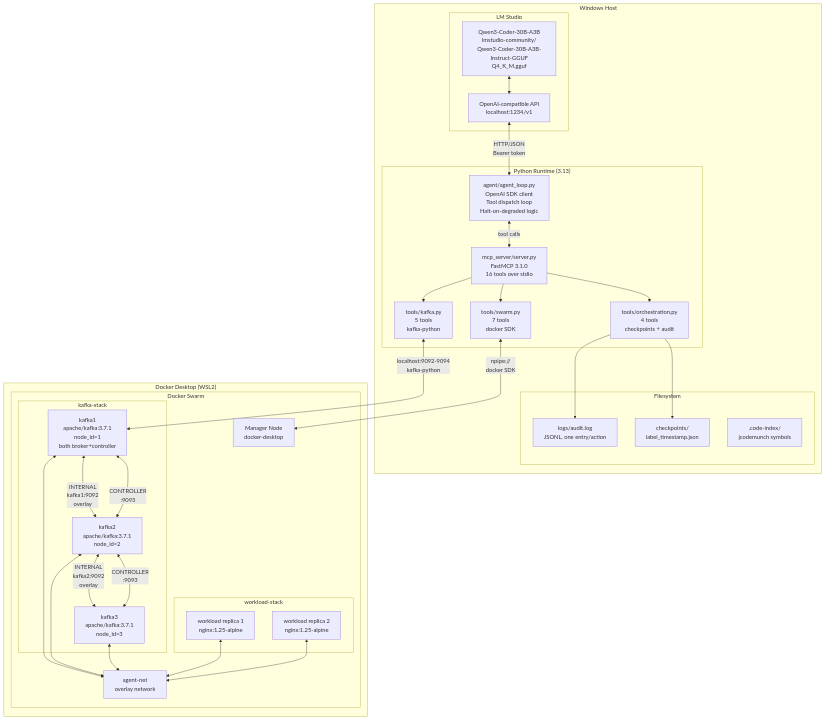
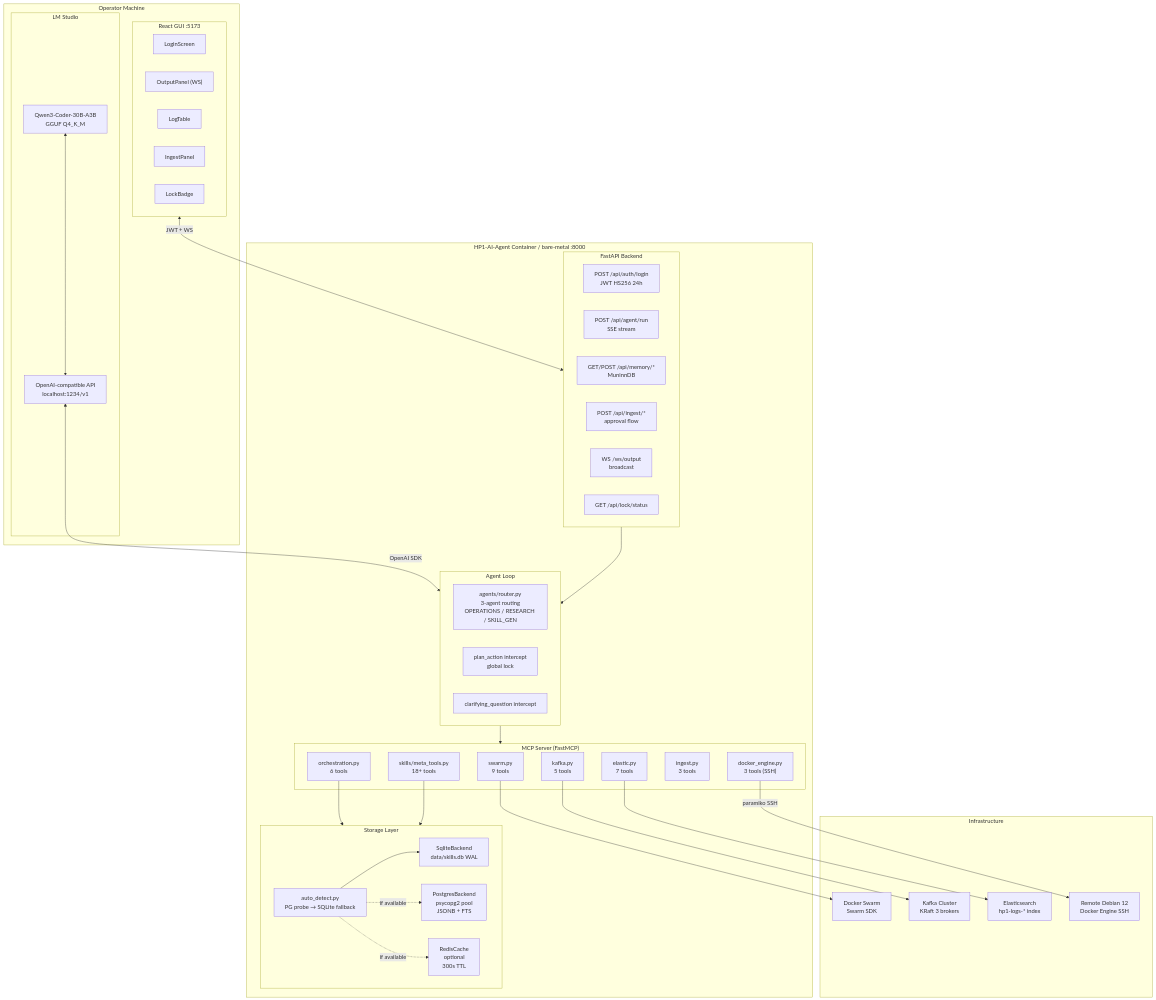
One commit to kbreivik/ai-local-agent-tools changed the first of 7 diagrams in docs/architecture.md. Above: the diagram before and after it, drawn with Mermaid. The commit also changed other lines of this file and 2 other files, not shown here.

First line of the commit message:
docs: update README, architecture, and runbook for v1.9.0

````diff
--- a/docs/architecture.md
+++ b/docs/architecture.md
@@ -5,59 +5,73 @@
 ```mermaid
 graph TB
-    subgraph HOST["Windows Host"]
+    subgraph HOST["Operator Machine"]
         subgraph LMS["LM Studio"]
-            MODEL["Qwen3-Coder-30B-A3B\nlmstudio-community/\nQwen3-Coder-30B-A3B-Instruct-GGUF\nQ4_K_M.gguf"]
+            MODEL["Qwen3-Coder-30B-A3B\nGGUF Q4_K_M"]
             API["OpenAI-compatible API\nlocalhost:1234/v1"]
         end
 
-        subgraph PYTHON["Python Runtime (3.13)"]
-            AGENT["agent/agent_loop.py\nOpenAI SDK client\nTool dispatch loop\nHalt-on-degraded logic"]
-            MCP["mcp_server/server.py\nFastMCP 3.1.0\n16 tools over stdio"]
-            SWARM_T["tools/swarm.py\n7 tools\ndocker SDK"]
-            KAFKA_T["tools/kafka.py\n5 tools\nkafka-python"]
-            ORCH_T["tools/orchestration.py\n4 tools\ncheckpoints + audit"]
-        end
-
-        subgraph FILES["Filesystem"]
-            LOG["logs/audit.log\nJSONL, one entry/action"]
-            CP["checkpoints/\nlabel_timestamp.json"]
-            IDX[".code-index/\njcodemunch symbols"]
+        subgraph GUI["React GUI :5173"]
+            LOGIN["LoginScreen"]
+            OUTPUT["OutputPanel (WS)"]
+            LOGS["LogTable"]
+            INGEST_UI["IngestPanel"]
+            LOCK_UI["LockBadge"]
         end
     end
 
-    subgraph DOCKER["Docker Desktop (WSL2)"]
-        subgraph SWARM["Docker Swarm"]
-            MGR["Manager Node\ndocker-desktop"]
+    subgraph AGENT["HP1-AI-Agent Container / bare-metal :8000"]
+        subgraph FASTAPI["FastAPI Backend"]
+            AUTH_R["POST /api/auth/login\nJWT HS256 24h"]
+            AGENT_R["POST /api/agent/run\nSSE stream"]
+            MEM_R["GET/POST /api/memory/*\nMuninnDB"]
+            INGEST_R["POST /api/ingest/*\napproval flow"]
+            WS["WS /ws/output\nbroadcast"]
+            LOCK_R["GET /api/lock/status"]
+        end
 
-            subgraph WL["workload-stack"]
-                W1["workload replica 1\nnginx:1.25-alpine"]
-                W2["workload replica 2\nnginx:1.25-alpine"]
-            end
+        subgraph LOOP["Agent Loop"]
+            ROUTER["agents/router.py\n3-agent routing\nOPERATIONS / RESEARCH / SKILL_GEN"]
+            PLAN["plan_action intercept\nglobal lock"]
+            CLARIFY["clarifying_question intercept"]
+        end
 
-            subgraph KS["kafka-stack"]
-                K1["kafka1\napache/kafka:3.7.1\nnode_id=1\nboth broker+controller"]
-                K2["kafka2\napache/kafka:3.7.1\nnode_id=2"]
-                K3["kafka3\napache/kafka:3.7.1\nnode_id=3"]
-            end
+        subgraph MCP["MCP Server (FastMCP)"]
+            SWARM_T["swarm.py\n9 tools"]
+            KAFKA_T["kafka.py\n5 tools"]
+            ORCH_T["orchestration.py\n6 tools"]
+            ELASTIC_T["elastic.py\n7 tools"]
+            DE_T["docker_engine.py\n3 tools (SSH)"]
+            INGEST_T["ingest.py\n3 tools"]
+            SKILL_T["skills/meta_tools.py\n18+ tools"]
+        end
 
-            NET["agent-net\noverlay network"]
+        subgraph STORAGE["Storage Layer"]
+            AUTO["auto_detect.py\nPG probe → SQLite fallback"]
+            SQLITE["SqliteBackend\ndata/skills.db WAL"]
+            PG["PostgresBackend\npsycopg2 pool\nJSONB + FTS"]
+            REDIS["RedisCache\noptional\n300s TTL"]
         end
     end
 
+    subgraph INFRA["Infrastructure"]
+        SWARM["Docker Swarm\nSwarm SDK"]
+        KAFKA["Kafka Cluster\nKRaft 3 brokers"]
+        ES["Elasticsearch\nhp1-logs-* index"]
+        REMOTE["Remote Debian 12\nDocker Engine SSH"]
+    end
+
     MODEL <--> API
-    API <-->|"HTTP/JSON\nBearer token"| AGENT
-    AGENT <-->|"tool calls"| MCP
-    MCP --> SWARM_T
-    MCP --> KAFKA_T
-    MCP --> ORCH_T
-    SWARM_T <-->|"npipe://\ndocker SDK"| MGR
-    KAFKA_T <-->|"localhost:9092-9094\nkafka-python"| K1
-    ORCH_T --> LOG
-    ORCH_T --> CP
-    K1 <-->|"INTERNAL\nkafka1:9092\noverlay"| K2
-    K2 <-->|"INTERNAL\nkafka2:9092\noverlay"| K3
-    K1 <-->|"CONTROLLER\n:9093"| K2
-    K2 <-->|"CONTROLLER\n:9093"| K3
-    K1 & K2 & K3 <--> NET
-    W1 & W2 <--> NET
+    API <-->|"OpenAI SDK"| LOOP
+    GUI <-->|"JWT + WS"| FASTAPI
+    FASTAPI --> LOOP
+    LOOP --> MCP
+    SWARM_T --> SWARM
+    KAFKA_T --> KAFKA
+    ELASTIC_T --> ES
+    DE_T -->|"paramiko SSH"| REMOTE
+    ORCH_T --> STORAGE
+    SKILL_T --> STORAGE
+    AUTO --> SQLITE
+    AUTO -.->|"if available"| PG
+    AUTO -.->|"if available"| REDIS
 ```
````
